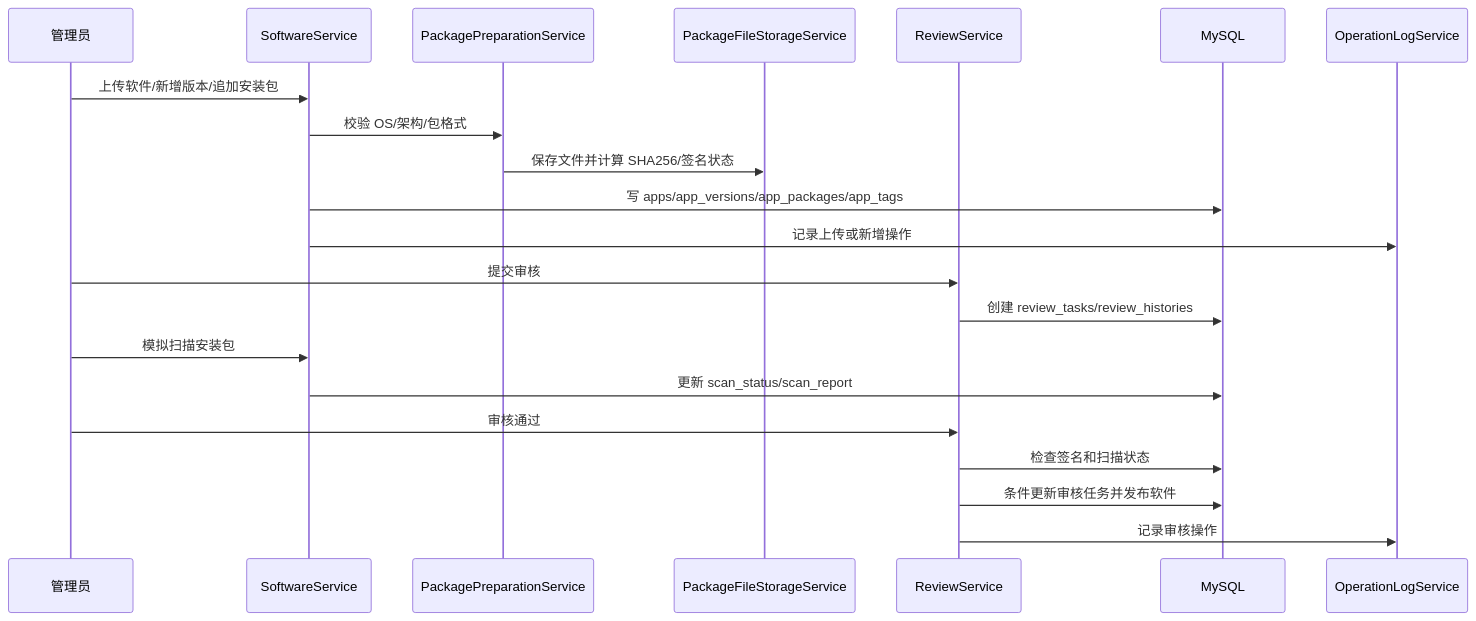
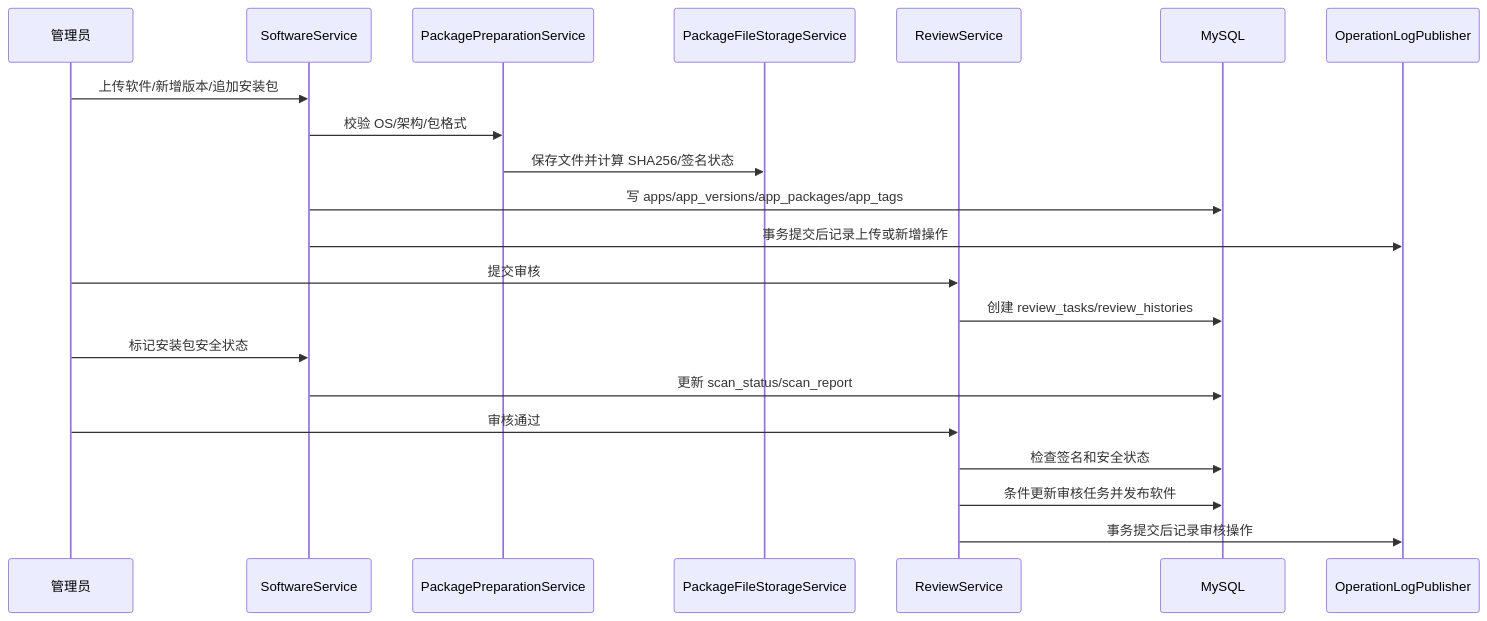
The second of 5 diagrams in docs/overview/architecture-and-flows.md (yyzxide/software-admin-service), drawn with Mermaid before and after one commit. The commit also changed other lines of this file and 51 other files, not shown here.

````diff
--- a/docs/overview/architecture-and-flows.md
+++ b/docs/overview/architecture-and-flows.md
@@ -48,24 +48,24 @@
 ```mermaid
 sequenceDiagram
     participant Admin as 管理员
     participant Software as SoftwareService
     participant Prep as PackagePreparationService
     participant Storage as PackageFileStorageService
     participant Review as ReviewService
     participant DB as MySQL
-    participant Log as OperationLogService
+    participant Log as OperationLogPublisher
 
     Admin->>Software: 上传软件/新增版本/追加安装包
     Software->>Prep: 校验 OS/架构/包格式
     Prep->>Storage: 保存文件并计算 SHA256/签名状态
     Software->>DB: 写 apps/app_versions/app_packages/app_tags
-    Software->>Log: 记录上传或新增操作
+    Software->>Log: 事务提交后记录上传或新增操作
     Admin->>Review: 提交审核
     Review->>DB: 创建 review_tasks/review_histories
-    Admin->>Software: 模拟扫描安装包
+    Admin->>Software: 标记安装包安全状态
     Software->>DB: 更新 scan_status/scan_report
     Admin->>Review: 审核通过
-    Review->>DB: 检查签名和扫描状态
+    Review->>DB: 检查签名和安全状态
     Review->>DB: 条件更新审核任务并发布软件
-    Review->>Log: 记录审核操作
+    Review->>Log: 事务提交后记录审核操作
 ```
````
